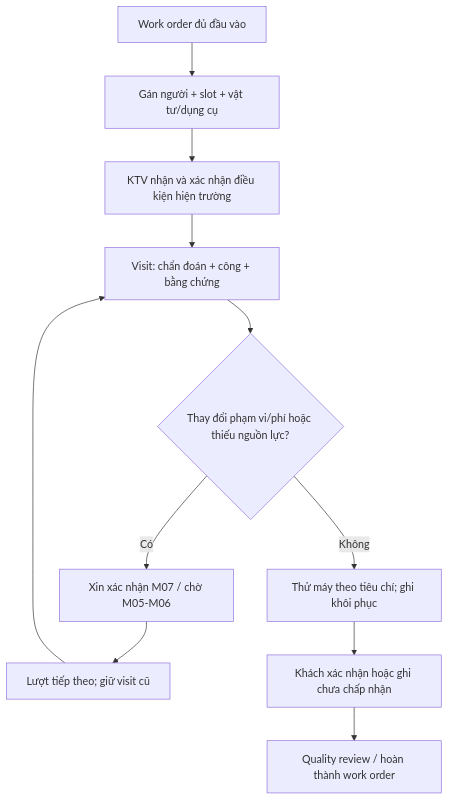
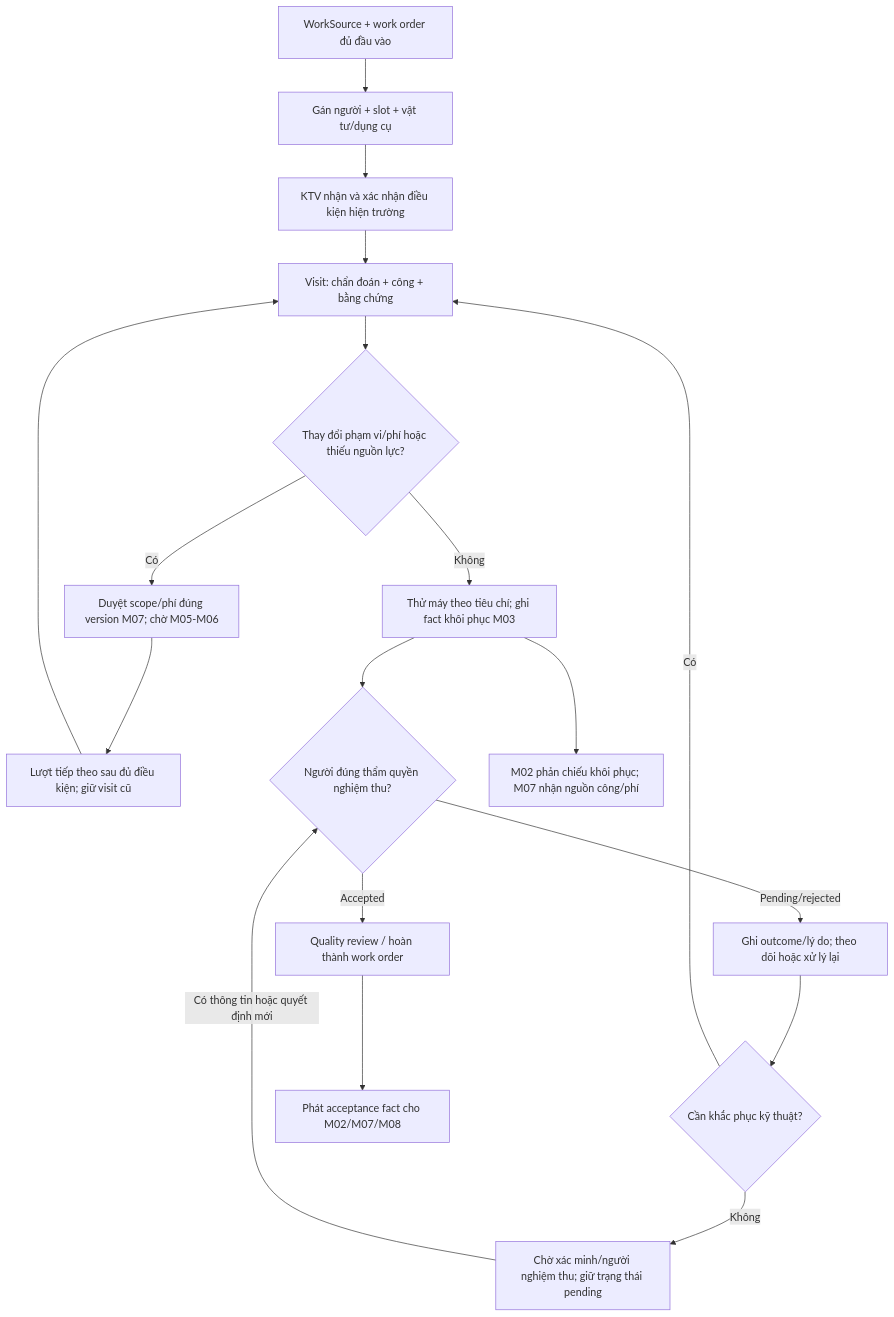
One commit to Baronger23/ERP.SmartHelpDesk changed the diagram in docs/design/modules/m03_dieu_phoi_va_tac_nghiep.md. Above: the diagram before and after it, drawn with Mermaid. The commit also changed other lines of this file and 70 other files, not shown here.

````diff
--- a/docs/design/modules/m03_dieu_phoi_va_tac_nghiep.md
+++ b/docs/design/modules/m03_dieu_phoi_va_tac_nghiep.md
@@ -30,13 +30,20 @@
 ```mermaid
 flowchart TD
-    A["Work order đủ đầu vào"] --> B["Gán người + slot + vật tư/dụng cụ"]
+    A["WorkSource + work order đủ đầu vào"] --> B["Gán người + slot + vật tư/dụng cụ"]
     B --> C["KTV nhận và xác nhận điều kiện hiện trường"]
     C --> D["Visit: chẩn đoán + công + bằng chứng"]
     D --> E{"Thay đổi phạm vi/phí hoặc thiếu nguồn lực?"}
-    E -->|"Có"| F["Xin xác nhận M07 / chờ M05-M06"]
-    F --> G["Lượt tiếp theo; giữ visit cũ"]
+    E -->|"Có"| F["Duyệt scope/phí đúng version M07; chờ M05-M06"]
+    F --> G["Lượt tiếp theo sau đủ điều kiện; giữ visit cũ"]
     G --> D
-    E -->|"Không"| H["Thử máy theo tiêu chí; ghi khôi phục"]
-    H --> I["Khách xác nhận hoặc ghi chưa chấp nhận"]
-    I --> J["Quality review / hoàn thành work order"]
+    E -->|"Không"| H["Thử máy theo tiêu chí; ghi fact khôi phục M03"]
+    H --> I{"Người đúng thẩm quyền nghiệm thu?"}
+    I -->|"Pending/rejected"| K["Ghi outcome/lý do; theo dõi hoặc xử lý lại"]
+    K --> L{"Cần khắc phục kỹ thuật?"}
+    L -->|"Có"| D
+    L -->|"Không"| W["Chờ xác minh/người nghiệm thu; giữ trạng thái pending"]
+    W -->|"Có thông tin hoặc quyết định mới"| I
+    I -->|"Accepted"| J["Quality review / hoàn thành work order"]
+    H --> M["M02 phản chiếu khôi phục; M07 nhận nguồn công/phí"]
+    J --> N["Phát acceptance fact cho M02/M07/M08"]
 ```
````
